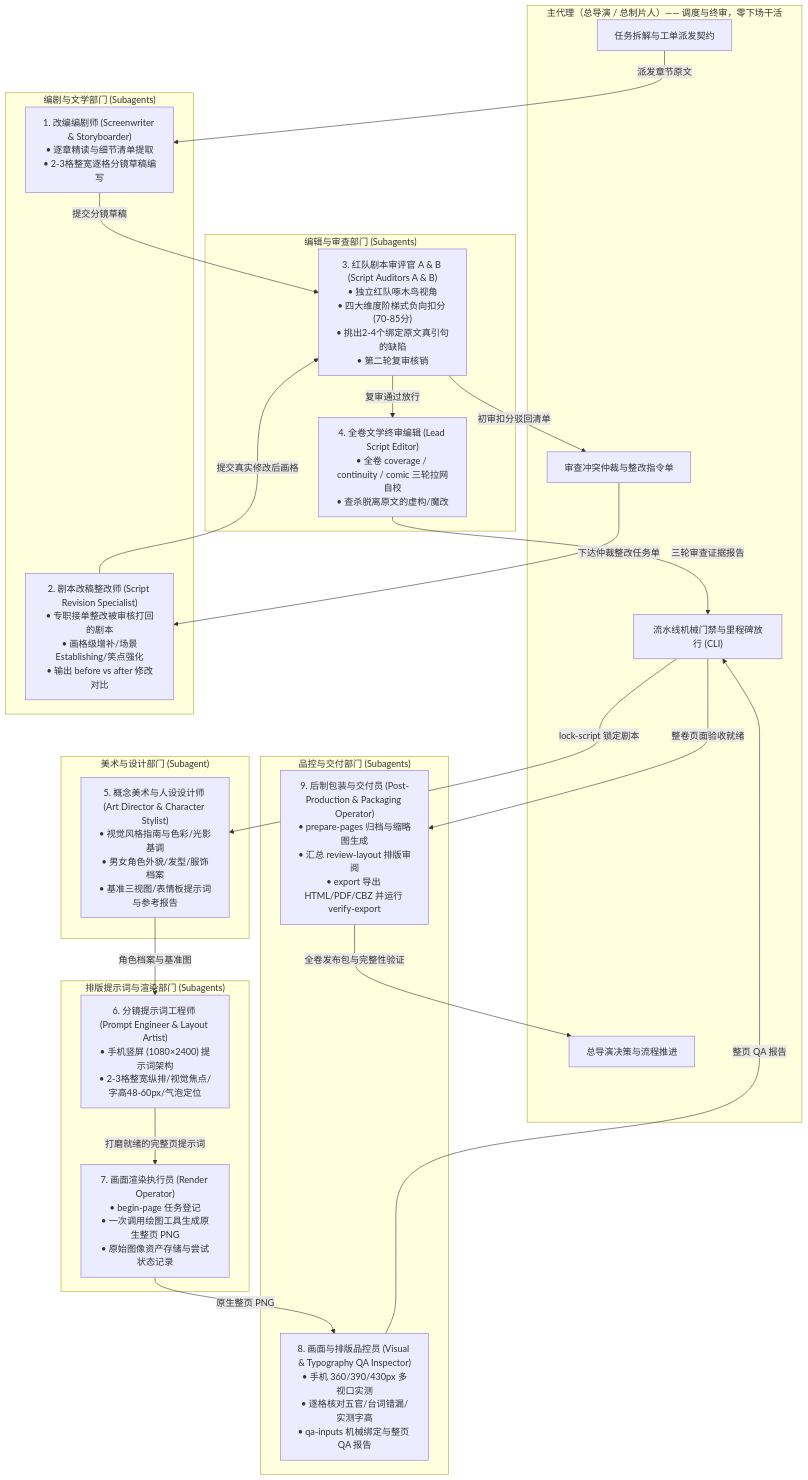
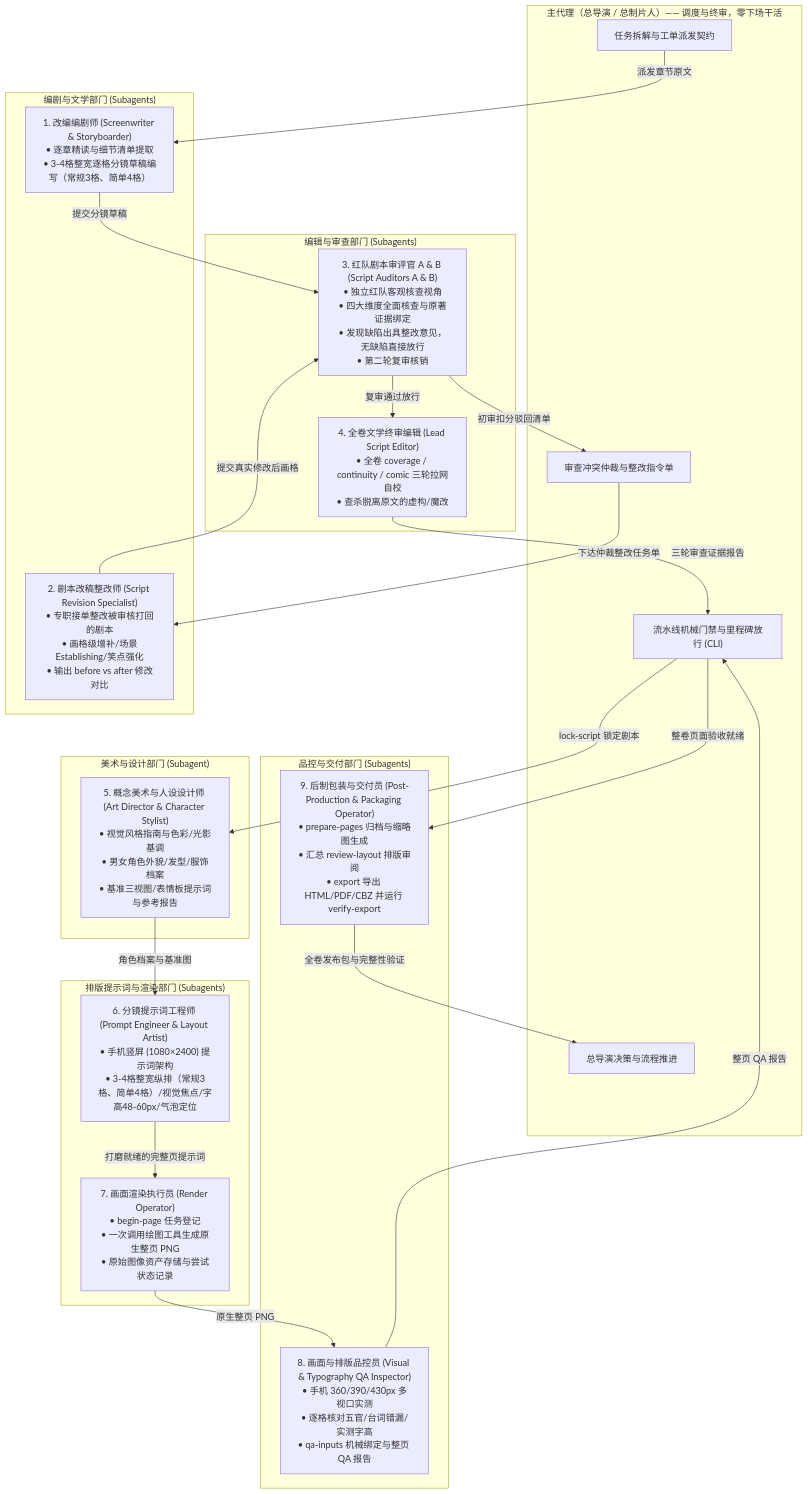
The diagram in references/parallel-work.md (aiskyhub/novel_to_comic), drawn with Mermaid before and after one commit. The commit also changed other lines of this file and 29 other files, not shown here.

````diff
--- a/references/parallel-work.md
+++ b/references/parallel-work.md
@@ -31,48 +31,48 @@
 ```mermaid
 flowchart TD
     subgraph LeadAgent["主代理（总导演 / 总制片人）—— 调度与终审，零下场干活"]
         Director["总导演决策与流程推进"]
         Scheduler["任务拆解与工单派发契约"]
         Arbiter["审查冲突仲裁与整改指令单"]
         Gatekeeper["流水线机械门禁与里程碑放行 (CLI)"]
     end
 
     subgraph ScriptDept["编剧与文学部门 (Subagents)"]
-        Writer["1. 改编编剧师 (Screenwriter & Storyboarder)<br/>• 逐章精读与细节清单提取<br/>• 2-3格整宽逐格分镜草稿编写"]
+        Writer["1. 改编编剧师 (Screenwriter & Storyboarder)<br/>• 逐章精读与细节清单提取<br/>• 3-4格整宽逐格分镜草稿编写（常规3格、简单4格）"]
         Reviser["2. 剧本改稿整改师 (Script Revision Specialist)<br/>• 专职接单整改被审核打回的剧本<br/>• 画格级增补/场景Establishing/笑点强化<br/>• 输出 before vs after 修改对比"]
     end
 
     subgraph EditorialDept["编辑与审查部门 (Subagents)"]
-        AuditorAB["3. 红队剧本审评官 A & B (Script Auditors A & B)<br/>• 独立红队啄木鸟视角<br/>• 四大维度阶梯式负向扣分 (70-85分)<br/>• 挑出2-4个绑定原文真引句的缺陷<br/>• 第二轮复审核销"]
+        AuditorAB["3. 红队剧本审评官 A & B (Script Auditors A & B)<br/>• 独立红队客观核查视角<br/>• 四大维度全面核查与原著证据绑定<br/>• 发现缺陷出具整改意见，无缺陷直接放行<br/>• 第二轮复审核销"]
         ChiefEditor["4. 全卷文学终审编辑 (Lead Script Editor)<br/>• 全卷 coverage / continuity / comic 三轮拉网自校<br/>• 查杀脱离原文的虚构/魔改"]
     end
 
     subgraph ArtDept["美术与设计部门 (Subagent)"]
         ArtDir["5. 概念美术与人设设计师 (Art Director & Character Stylist)<br/>• 视觉风格指南与色彩/光影基调<br/>• 男女角色外貌/发型/服饰档案<br/>• 基准三视图/表情板提示词与参考报告"]
     end
 
     subgraph ProductionDept["排版提示词与渲染部门 (Subagents)"]
-        PromptEng["6. 分镜提示词工程师 (Prompt Engineer & Layout Artist)<br/>• 手机竖屏 (1080×2400) 提示词架构<br/>• 2-3格整宽纵排/视觉焦点/字高48-60px/气泡定位"]
+        PromptEng["6. 分镜提示词工程师 (Prompt Engineer & Layout Artist)<br/>• 手机竖屏 (1080×2400) 提示词架构<br/>• 3-4格整宽纵排（常规3格、简单4格）/视觉焦点/字高48-60px/气泡定位"]
         Renderer["7. 画面渲染执行员 (Render Operator)<br/>• begin-page 任务登记<br/>• 一次调用绘图工具生成原生整页 PNG<br/>• 原始图像资产存储与尝试状态记录"]
     end
 
     subgraph QADept["品控与交付部门 (Subagents)"]
         Inspector["8. 画面与排版品控员 (Visual & Typography QA Inspector)<br/>• 手机 360/390/430px 多视口实测<br/>• 逐格核对五官/台词错漏/实测字高<br/>• qa-inputs 机械绑定与整页 QA 报告"]
         Packager["9. 后制包装与交付员 (Post-Production & Packaging Operator)<br/>• prepare-pages 归档与缩略图生成<br/>• 汇总 review-layout 排版审阅<br/>• export 导出 HTML/PDF/CBZ 并运行 verify-export"]
     end
 
     Scheduler -->|派发章节原文| Writer
     Writer -->|提交分镜草稿| AuditorAB
     AuditorAB -->|初审扣分驳回清单| Arbiter
     Arbiter -->|下达仲裁整改任务单| Reviser
     Reviser -->|提交真实修改后画格| AuditorAB
     AuditorAB -->|复审通过放行| ChiefEditor
     ChiefEditor -->|三轮审查证据报告| Gatekeeper
     Gatekeeper -->|lock-script 锁定剧本| ArtDir
     ArtDir -->|角色档案与基准图| PromptEng
     PromptEng -->|打磨就绪的完整页提示词| Renderer
     Renderer -->|原生整页 PNG| Inspector
     Inspector -->|整页 QA 报告| Gatekeeper
     Gatekeeper -->|整卷页面验收就绪| Packager
     Packager -->|全卷发布包与完整性验证| Director
 ```
````
